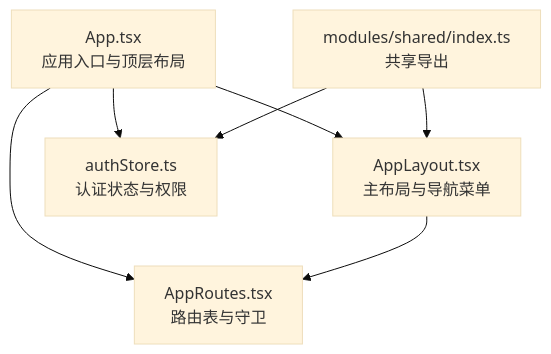
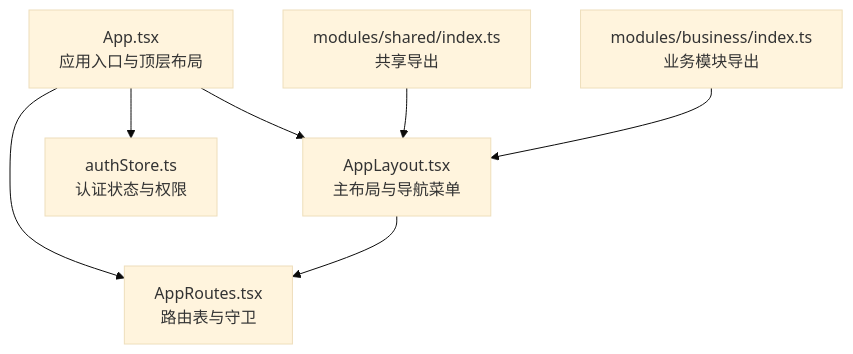
One commit to inier/ontology-graphiti changed the first of 6 diagrams in .qoder/repowiki/zh/content/前端架构/路由与导航.md. Above: the diagram before and after it, drawn with Mermaid (base theme). The commit also changed other lines of this file and 10 other files, not shown here.

First line of the commit message:
refactor: 智能问答内联渲染 — 移除独立Tab，图表/时序/报告内嵌于会话消息

````diff
--- a/.qoder/repowiki/zh/content/前端架构/路由与导航.md
+++ b/.qoder/repowiki/zh/content/前端架构/路由与导航.md
@@ -43,9 +50,9 @@
 ```mermaid
 graph TB
 A["App.tsx<br/>应用入口与顶层布局"] --> B["AppLayout.tsx<br/>主布局与导航菜单"]
 A --> C["AppRoutes.tsx<br/>路由表与守卫"]
 B --> C
 A --> D["authStore.ts<br/>认证状态与权限"]
 E["modules/shared/index.ts<br/>共享导出"] --> B
-E --> D
+F["modules/business/index.ts<br/>业务模块导出"] --> B
 ```
````
